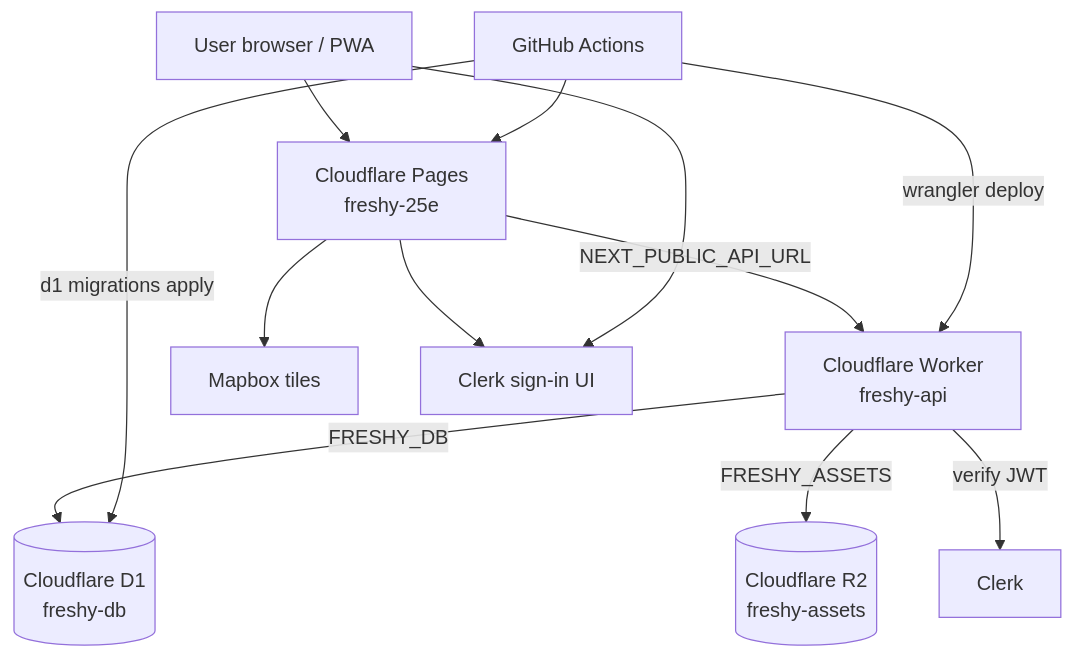
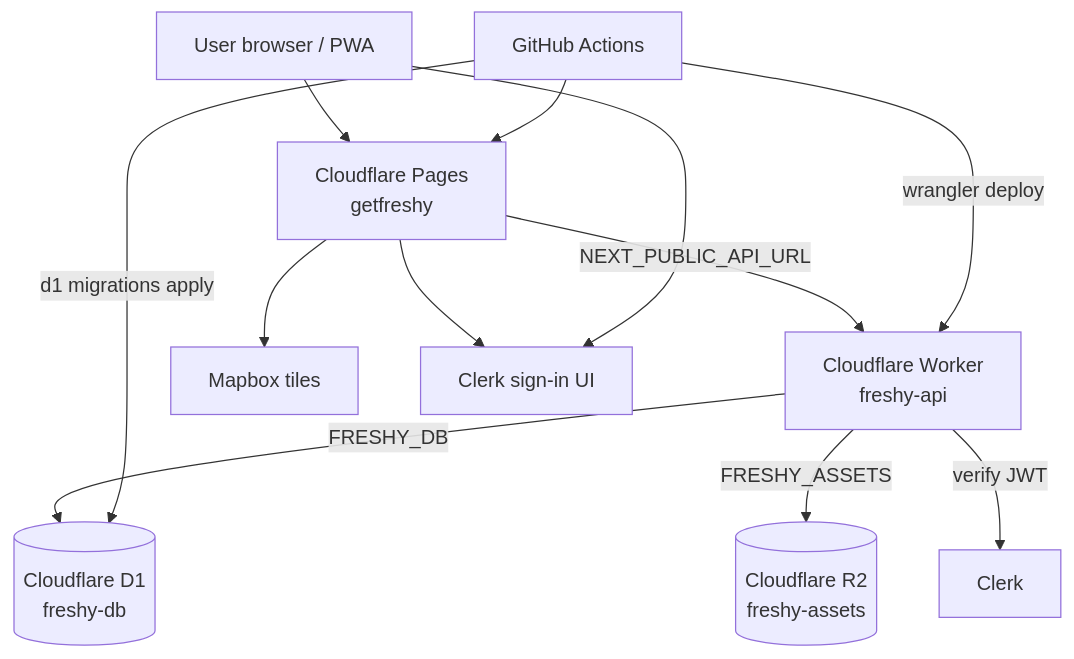
The first of 3 diagrams in README.md (alexandrelheinen/freshy), drawn with Mermaid before and after one commit. The commit also changed other lines of this file and 23 other files, not shown here.

````diff
--- a/README.md
+++ b/README.md
@@ -38,14 +46,14 @@
 ```mermaid
 flowchart TB
-    User[User browser / PWA] --> Pages[Cloudflare Pages<br/>freshy-25e]
+    User[User browser / PWA] --> Pages[Cloudflare Pages<br/>getfreshy]
     Pages -->|NEXT_PUBLIC_API_URL| Worker[Cloudflare Worker<br/>freshy-api]
     Pages --> Mapbox[Mapbox tiles]
     Pages --> ClerkUI[Clerk sign-in UI]
     Worker -->|FRESHY_DB| D1[(Cloudflare D1<br/>freshy-db)]
     Worker -->|FRESHY_ASSETS| R2[(Cloudflare R2<br/>freshy-assets)]
     Worker -->|verify JWT| ClerkAPI[Clerk]
     User --> ClerkUI
     GH[GitHub Actions] -->|wrangler deploy| Worker
     GH -->|d1 migrations apply| D1
     GH --> Pages
 ```
````
